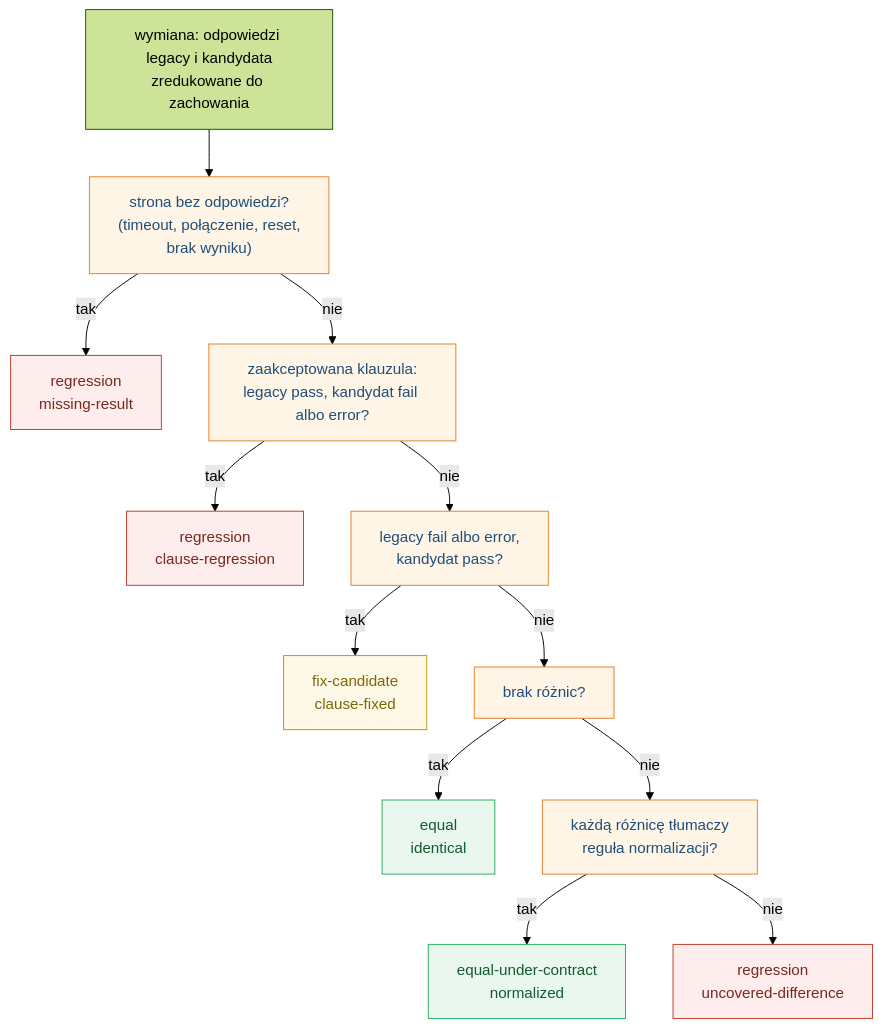
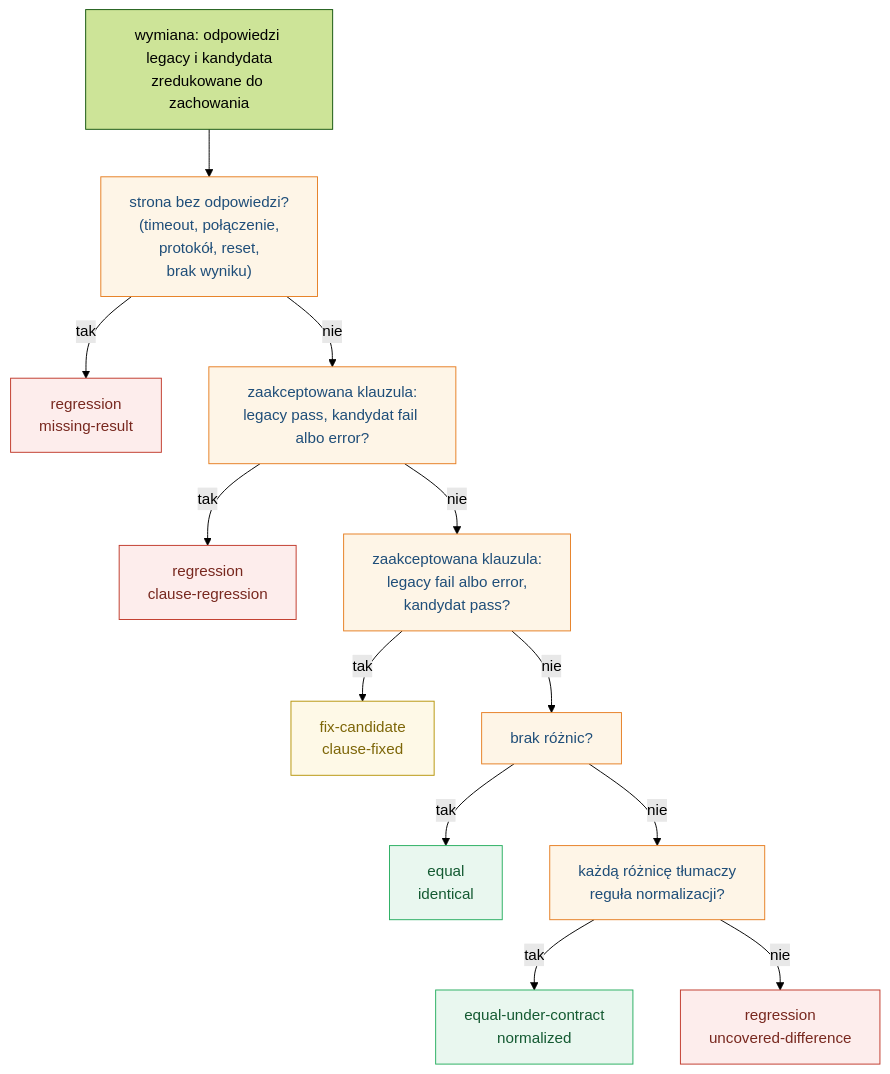
One commit to konradcinkusz/letsgolegacy.secondkey changed the diagram in docs/diagrams/a5-klasy-werdyktu.mmd. Above: the diagram before and after it, drawn with Mermaid (forest theme). The commit also changed 4 other files, not shown here.

```diff
--- a/docs/diagrams/a5-klasy-werdyktu.mmd
+++ b/docs/diagrams/a5-klasy-werdyktu.mmd
@@ -1,20 +1,20 @@
 flowchart TD
-  S["wymiana: odpowiedzi legacy i kandydata<br/>zredukowane do zachowania"] --> A["strona bez odpowiedzi?<br/>(timeout, połączenie, reset,<br/>brak wyniku)"]
+  S["wymiana: odpowiedzi legacy i kandydata<br/>zredukowane do zachowania"] --> A["strona bez odpowiedzi?<br/>(timeout, połączenie,<br/>protokół, reset,<br/>brak wyniku)"]
   A -- tak --> R1["regression<br/>missing-result"]
   A -- nie --> B["zaakceptowana klauzula:<br/>legacy pass, kandydat fail albo error?"]
   B -- tak --> R2["regression<br/>clause-regression"]
-  B -- nie --> C["legacy fail albo error,<br/>kandydat pass?"]
+  B -- nie --> C["zaakceptowana klauzula:<br/>legacy fail albo error,<br/>kandydat pass?"]
   C -- tak --> FC["fix-candidate<br/>clause-fixed"]
   C -- nie --> D["brak różnic?"]
   D -- tak --> E["equal<br/>identical"]
   D -- nie --> N["każdą różnicę tłumaczy<br/>reguła normalizacji?"]
   N -- tak --> EU["equal-under-contract<br/>normalized"]
   N -- nie --> R3["regression<br/>uncovered-difference"]
   classDef q fill:#FEF5E7,stroke:#E67E22,color:#1F4E79
   classDef bad fill:#FDEDEC,stroke:#C0392B,color:#78281F
   classDef good fill:#E9F7EF,stroke:#27AE60,color:#145A32
   classDef rev fill:#FEF9E7,stroke:#B7950B,color:#7D6608
   class A,B,C,D,N q
   class R1,R2,R3 bad
   class E,EU good
   class FC rev
```
